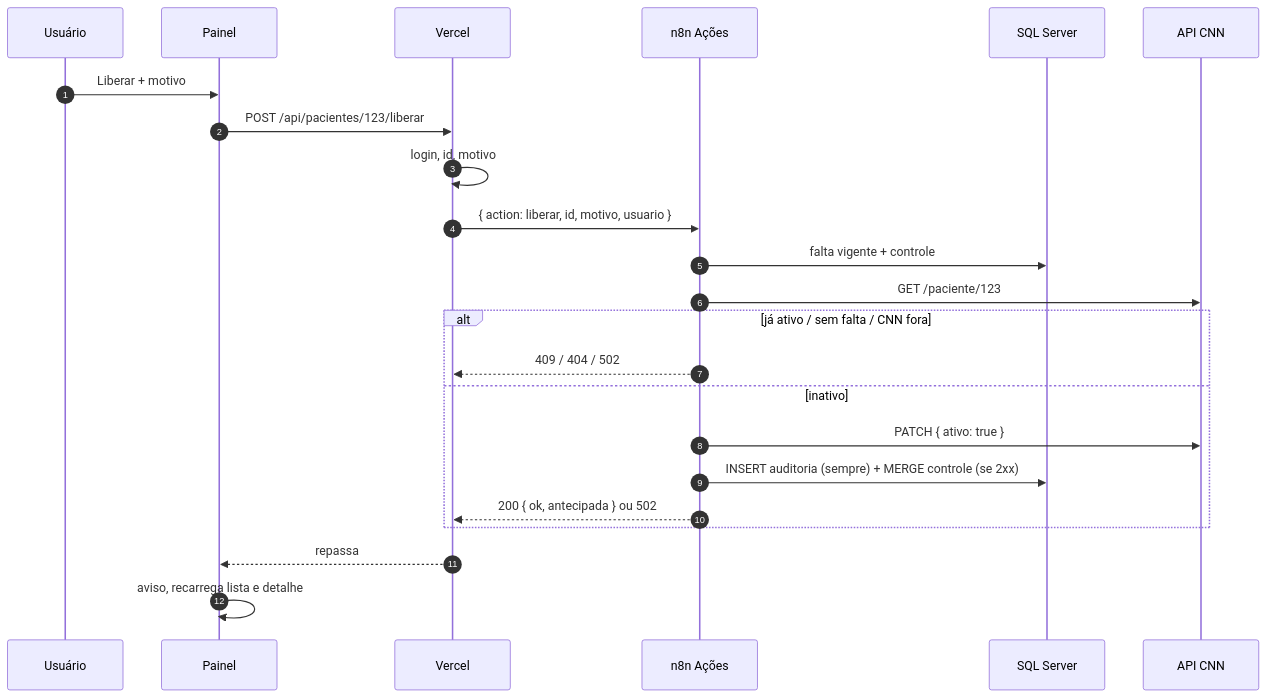
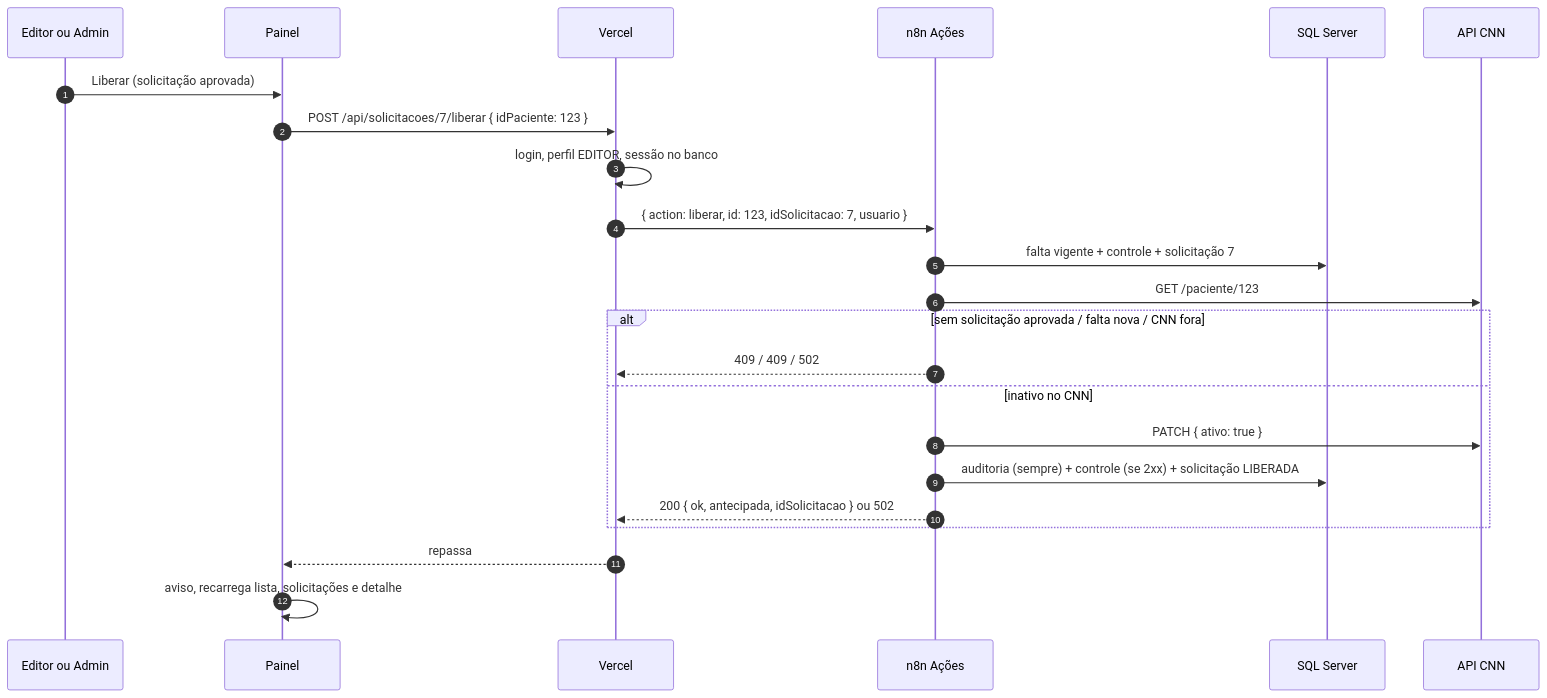
The third of 6 diagrams in docs/arquitetura.md (clariens/painel-integracao-desbloqueio-CNN-web), drawn with Mermaid before and after one commit. The commit also changed other lines of this file and 91 other files, not shown here.

````diff
--- a/docs/arquitetura.md
+++ b/docs/arquitetura.md
@@ -138,26 +145,26 @@
 ```mermaid
 sequenceDiagram
     autonumber
-    participant U as Usuário
+    participant U as Editor ou Admin
     participant P as Painel
     participant V as Vercel
     participant N as n8n Ações
     participant B as SQL Server
     participant C as API CNN
 
-    U->>P: Liberar + motivo
-    P->>V: POST /api/pacientes/123/liberar
-    V->>V: login, id, motivo
-    V->>N: { action: liberar, id, motivo, usuario }
-    N->>B: falta vigente + controle
+    U->>P: Liberar (solicitação aprovada)
+    P->>V: POST /api/solicitacoes/7/liberar { idPaciente: 123 }
+    V->>V: login, perfil EDITOR, sessão no banco
+    V->>N: { action: liberar, id: 123, idSolicitacao: 7, usuario }
+    N->>B: falta vigente + controle + solicitação 7
     N->>C: GET /paciente/123
-    alt já ativo / sem falta / CNN fora
-        N-->>V: 409 / 404 / 502
-    else inativo
+    alt sem solicitação aprovada / falta nova / CNN fora
+        N-->>V: 409 / 409 / 502
+    else inativo no CNN
         N->>C: PATCH { ativo: true }
-        N->>B: INSERT auditoria (sempre) + MERGE controle (se 2xx)
-        N-->>V: 200 { ok, antecipada } ou 502
+        N->>B: auditoria (sempre) + controle (se 2xx) + solicitação LIBERADA
+        N-->>V: 200 { ok, antecipada, idSolicitacao } ou 502
     end
     V-->>P: repassa
-    P->>P: aviso, recarrega lista e detalhe
+    P->>P: aviso, recarrega lista, solicitações e detalhe
 ```
````
